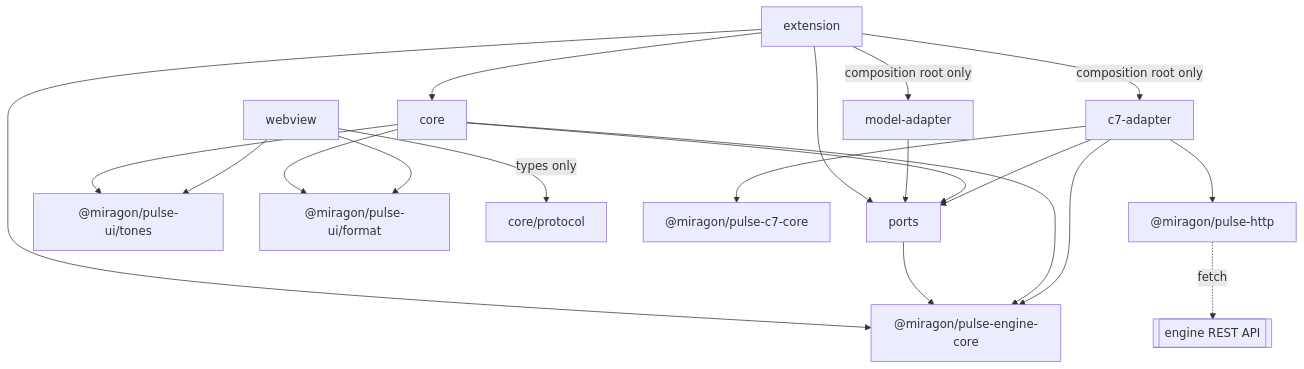
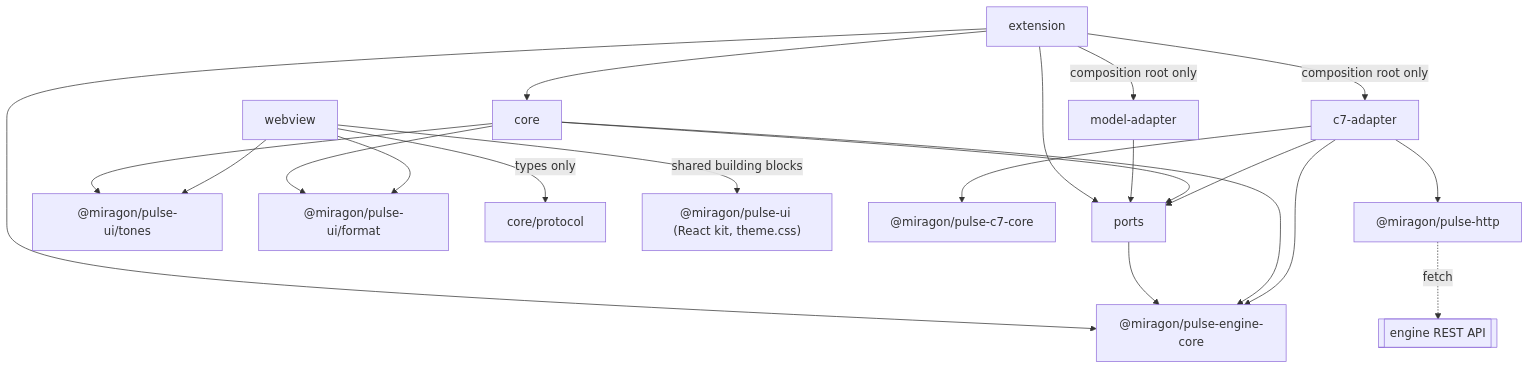
One commit to Miragon/pulse changed the first of 2 diagrams in apps/vscode/docs/adr/architecture.md. Above: the diagram before and after it, drawn with Mermaid. The commit also changed other lines of this file and 17 other files, not shown here.

````diff
--- a/apps/vscode/docs/adr/architecture.md
+++ b/apps/vscode/docs/adr/architecture.md
@@ -47,22 +47,23 @@
 ```mermaid
 flowchart TB
   extension --> core
   extension --> ports
   extension --> engineCore["@miragon/pulse-engine-core"]
   extension -- composition root only --> adapterC7[c7-adapter]
   extension -- composition root only --> modelAdapter[model-adapter]
   ports --> engineCore
   modelAdapter --> ports
   core --> ports
   core --> engineCore
   core --> tones["@miragon/pulse-ui/tones"]
   core --> format["@miragon/pulse-ui/format"]
   webview -- types only --> protocol[core/protocol]
   webview --> tones
   webview --> format
+  webview -- shared building blocks --> kit["@miragon/pulse-ui (React kit, theme.css)"]
   adapterC7 --> ports
   adapterC7 --> engineCore
   adapterC7 --> c7core["@miragon/pulse-c7-core"]
   adapterC7 --> http["@miragon/pulse-http"]
   http -. "fetch" .-> rest[[engine REST API]]
 ```
````
